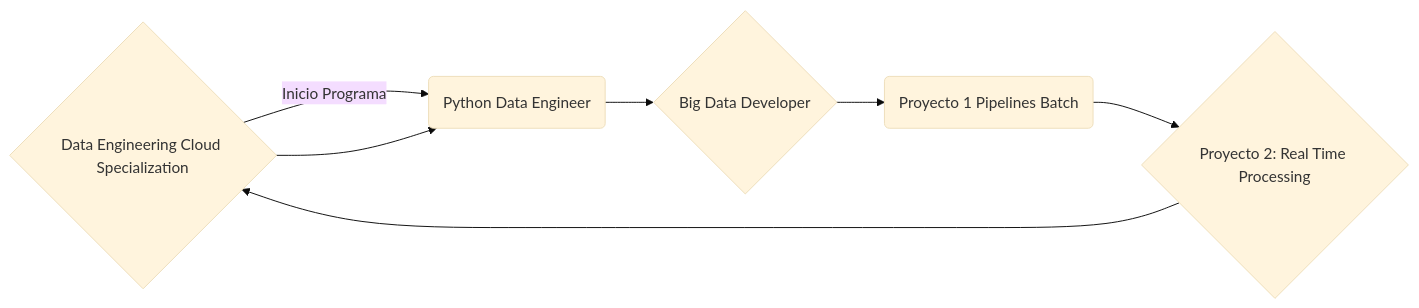
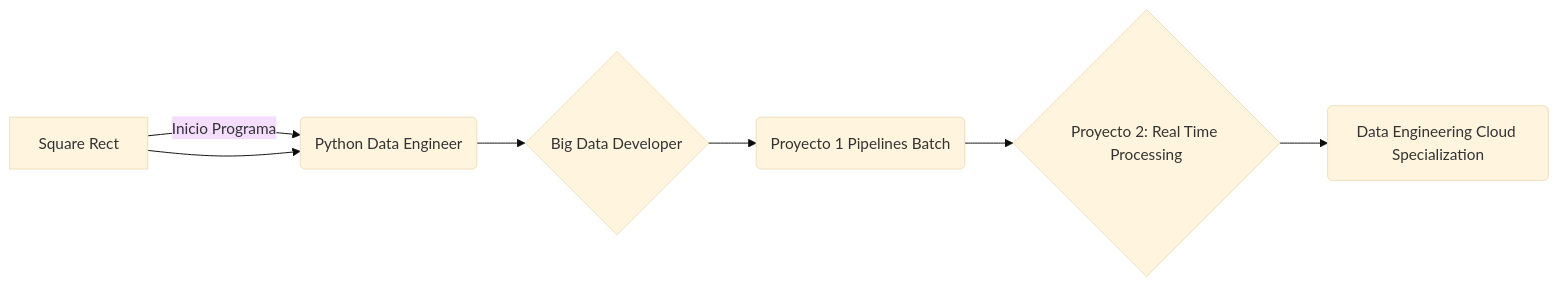
Before and after one commit to iejuva/baseDATAPATH: the diagram in README.md, drawn with Mermaid (base theme).

Commit message:
ajuste flow chart de programa data engineering data path

````diff
--- a/README.md
+++ b/README.md
@@ -9,9 +9,9 @@
 ```mermaid
 graph LR
 A[Square Rect] -- Inicio Programa --> B((Database Engineer))
 A --> B(Python Data Engineer)
 B --> C{Big Data Developer}
 C --> D(Proyecto 1 Pipelines Batch)
 D --> E{Proyecto 2: Real Time Processing}
-E --> A{Data Engineering Cloud Specialization}
+E --> F(Data Engineering Cloud Specialization)
 ```
````
